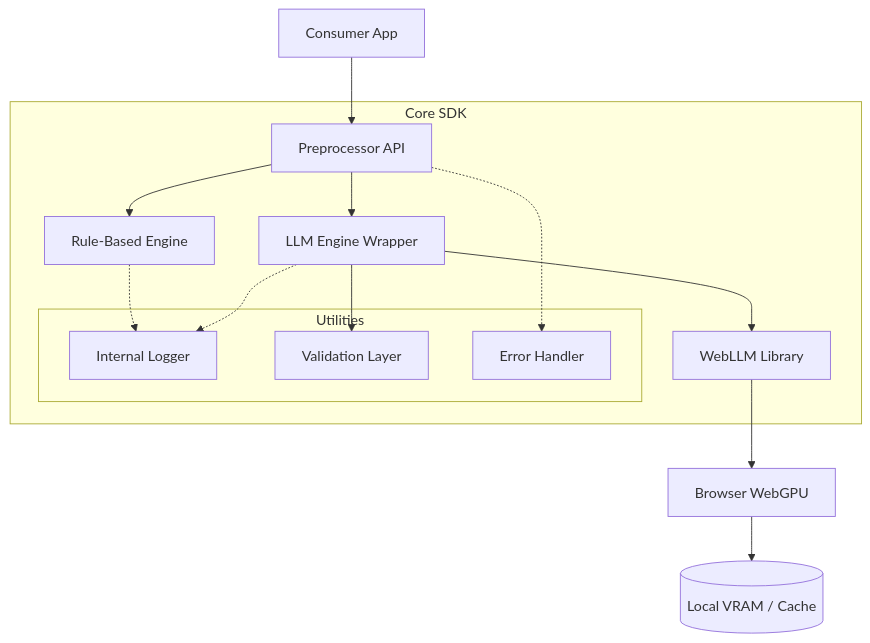
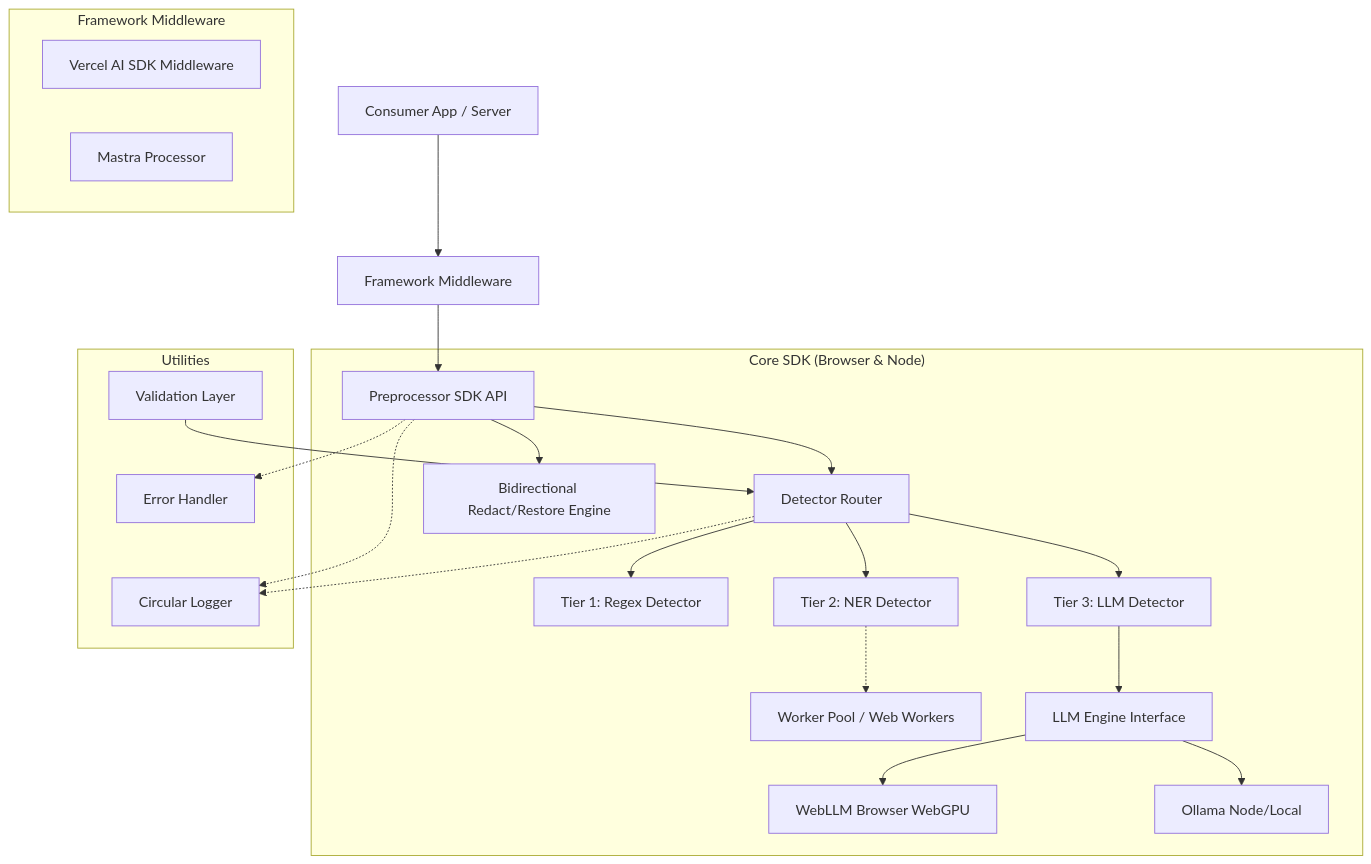
The diagram in docs/ARCHITECTURE.md (pras-ops/Local_processing_llm), drawn with Mermaid before and after one commit. The commit also changed other lines of this file and 22 other files, not shown here.

Commit message:
Implement scoped package naming, Vercel AI SDK/Mastra middleware, worker pool offloading, and evaluation suite

````diff
--- a/docs/ARCHITECTURE.md
+++ b/docs/ARCHITECTURE.md
@@ -7,24 +7,35 @@
 ```mermaid
 graph TD
-    A[Consumer App] --> B[Preprocessor API]
+    App[Consumer App / Server] --> MW[Framework Middleware]
+    MW --> PP[Preprocessor SDK API]
     
-    subgraph "Core SDK"
-    B --> C[Rule-Based Engine]
-    B --> D[LLM Engine Wrapper]
-    D --> E[WebLLM Library]
+    subgraph "Framework Middleware"
+        AI[Vercel AI SDK Middleware]
+        MA[Mastra Processor]
+    end
+    
+    subgraph "Core SDK (Browser & Node)"
+        PP --> Router[Detector Router]
+        Router --> T1[Tier 1: Regex Detector]
+        Router --> T2[Tier 2: NER Detector]
+        Router --> T3[Tier 3: LLM Detector]
+        
+        T2 -.-> WorkerPool[Worker Pool / Web Workers]
+        T3 --> Engine[LLM Engine Interface]
+        Engine --> MLC[WebLLM Browser WebGPU]
+        Engine --> Ollama[Ollama Node/Local]
+        
+        PP --> Redactor[Bidirectional Redact/Restore Engine]
+    end
     
     subgraph "Utilities"
-    F[Internal Logger]
-    G[Validation Layer]
-    H[Error Handler]
+        Logger[Circular Logger]
+        Val[Validation Layer]
+        Err[Error Handler]
     end
     
-    C -.-> F
-    D -.-> F
-    D --> G
-    B -.-> H
-    end
-    
-    E --> I[Browser WebGPU]
-    I --> J[(Local VRAM / Cache)]
+    PP -.-> Logger
+    Router -.-> Logger
+    Val --> Router
+    PP -.-> Err
 ```
````
